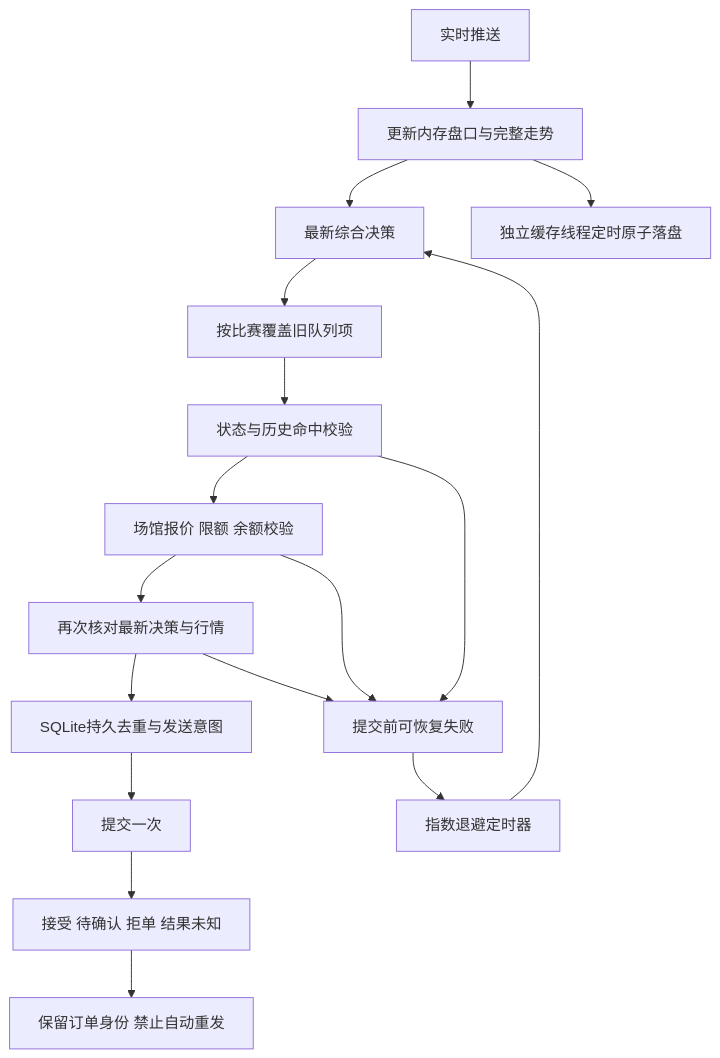
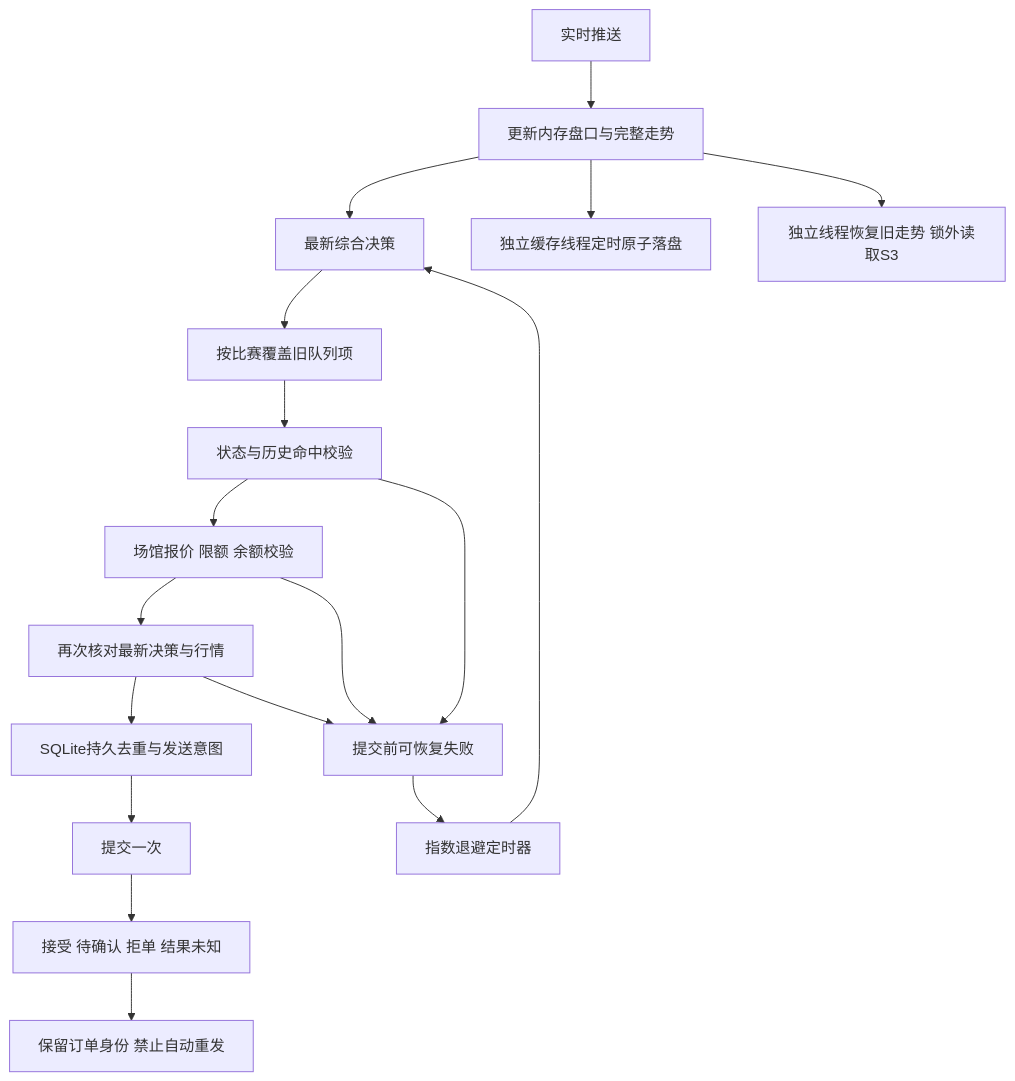
One commit to 1420970597/ai_football changed the diagram in docs/architecture/betting-retry-TASK-36.md. Above: the diagram before and after it, drawn with Mermaid. The commit also changed other lines of this file and 5 other files, not shown here.

````diff
--- a/docs/architecture/betting-retry-TASK-36.md
+++ b/docs/architecture/betting-retry-TASK-36.md
@@ -5,19 +5,20 @@
 ```mermaid
 flowchart TD
   W[实时推送] --> B[更新内存盘口与完整走势]
   B --> C[最新综合决策]
   B --> K[独立缓存线程定时原子落盘]
+  B --> H[独立线程恢复旧走势 锁外读取S3]
   C --> Q[按比赛覆盖旧队列项]
   Q --> G[状态与历史命中校验]
   G --> P[场馆报价 限额 余额校验]
   P --> F[再次核对最新决策与行情]
   F --> D[SQLite持久去重与发送意图]
   D --> S[提交一次]
   G --> R[提交前可恢复失败]
   P --> R
   F --> R
   R --> T[指数退避定时器]
   T --> C
   S --> O[接受 待确认 拒单 结果未知]
   O --> X[保留订单身份 禁止自动重发]
 ```
````
